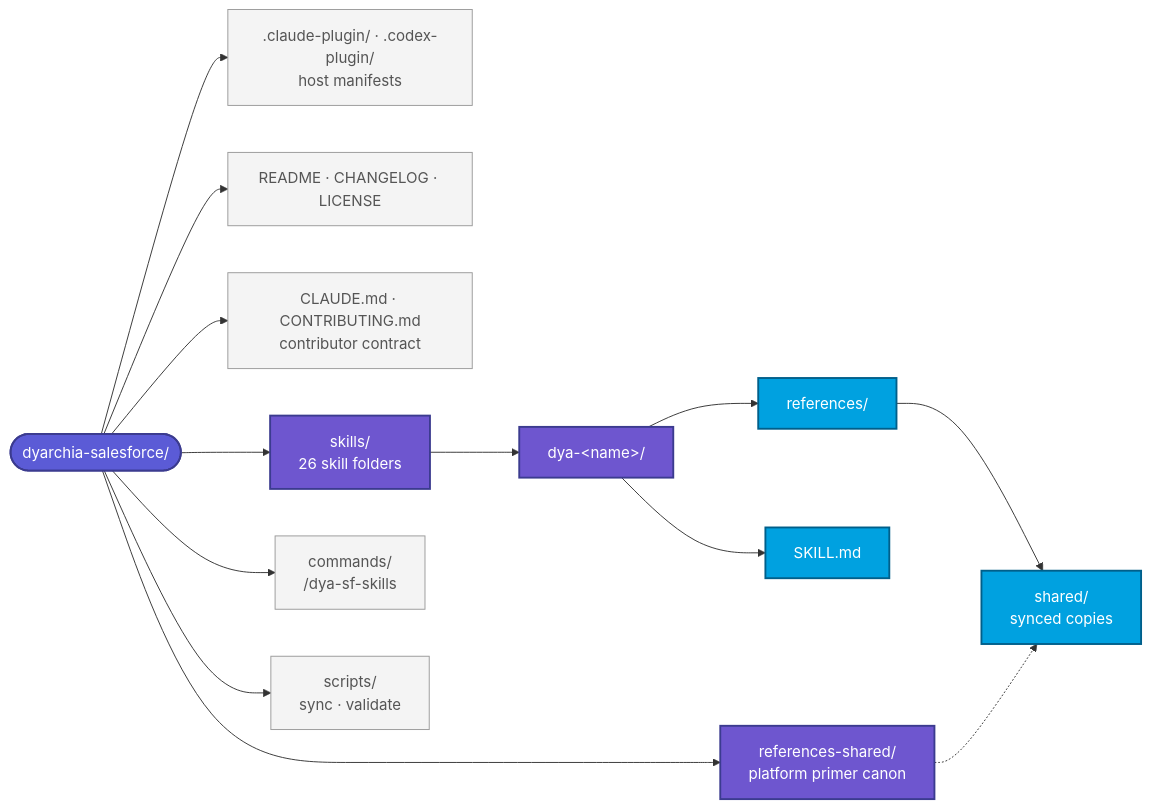
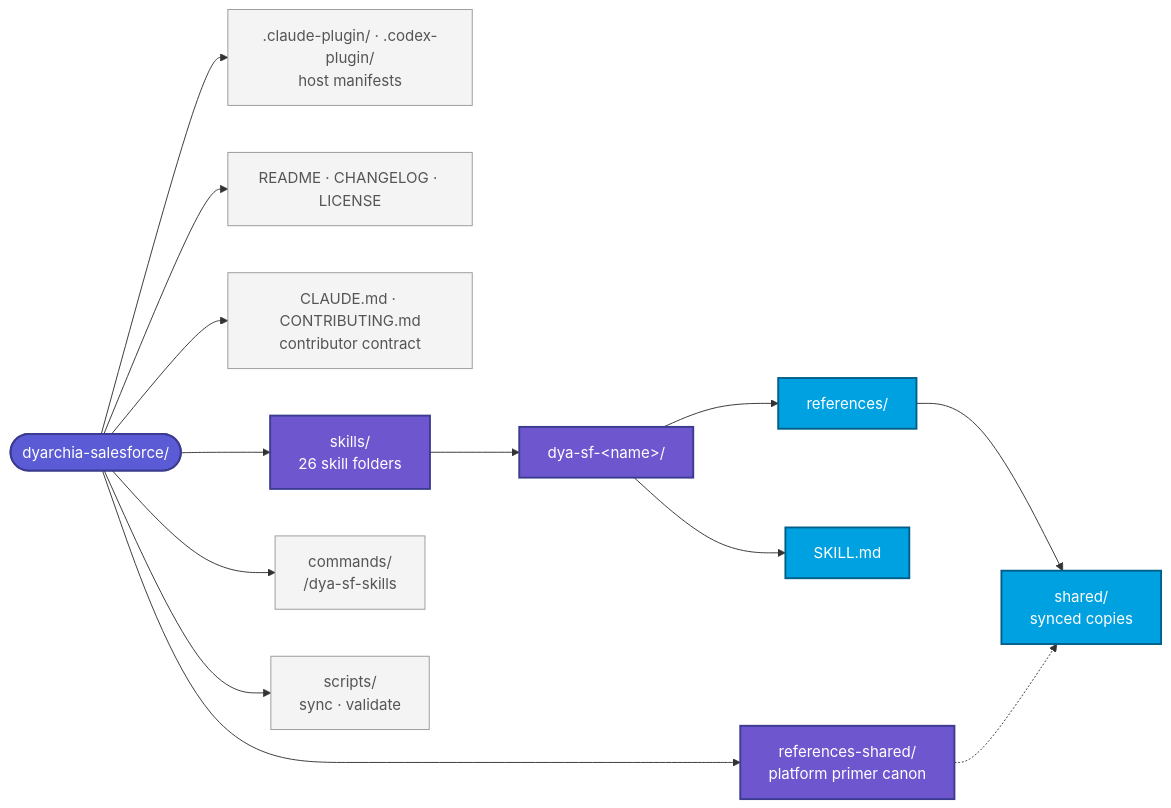
One commit to Dyarchia/dyarchia-salesforce changed the first of 2 diagrams in README.md. Above: the diagram before and after it, drawn with Mermaid. The commit also changed other lines of this file and 324 other files, not shown here.

First line of the commit message:
refactor(skills)!: rename every skill to the dya-sf-* namespace

````diff
--- a/README.md
+++ b/README.md
@@ -100,27 +100,27 @@
 ```mermaid
 graph LR
     Root([dyarchia-salesforce/])
     Root --> Plugin[".claude-plugin/ · .codex-plugin/<br/>host manifests"]
     Root --> Meta["README · CHANGELOG · LICENSE"]
     Root --> Contract["CLAUDE.md · CONTRIBUTING.md<br/>contributor contract"]
     Root --> SK["skills/<br/>26 skill folders"]
     Root --> Shared["references-shared/<br/>platform primer canon"]
     Root --> Cmds["commands/<br/>/dya-sf-skills"]
     Root --> Scripts["scripts/<br/>sync · validate"]
 
-    SK --> Skill["dya-&lt;name&gt;/"]
+    SK --> Skill["dya-sf-&lt;name&gt;/"]
     Skill --> SM["SKILL.md"]
     Skill --> Refs["references/"]
     Refs --> SharedRefs["shared/<br/>synced copies"]
     Shared -.-> SharedRefs
 
     classDef root fill:#5B5BD6,stroke:#3B3B8F,color:#fff,stroke-width:2px
     classDef domainFolder fill:#6E56CF,stroke:#3B3B8F,color:#fff,stroke-width:2px
     classDef skillFolder fill:#00A1E0,stroke:#005F8A,color:#fff,stroke-width:2px
     classDef meta fill:#F4F4F4,stroke:#999,color:#555
 
     class Root root
     class SK,Skill,Shared domainFolder
     class SM,Refs,SharedRefs skillFolder
     class Plugin,Meta,Contract,Scripts,Cmds meta
 ```
````
